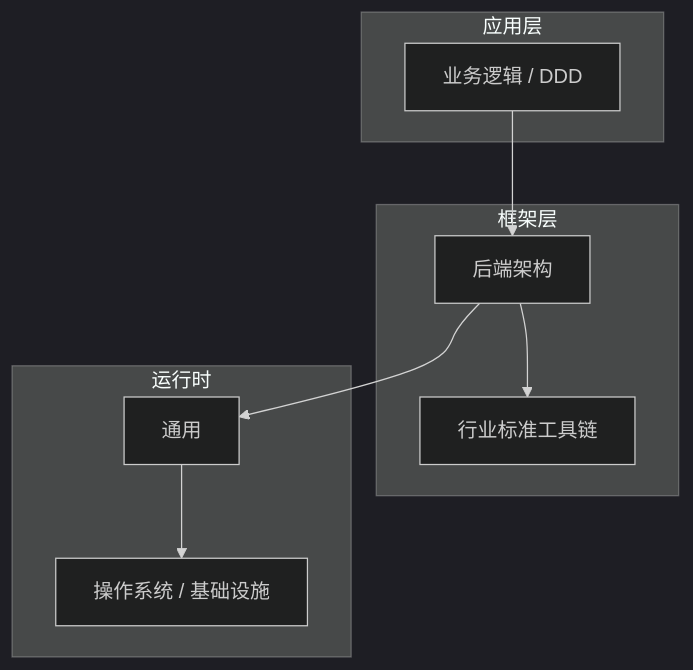
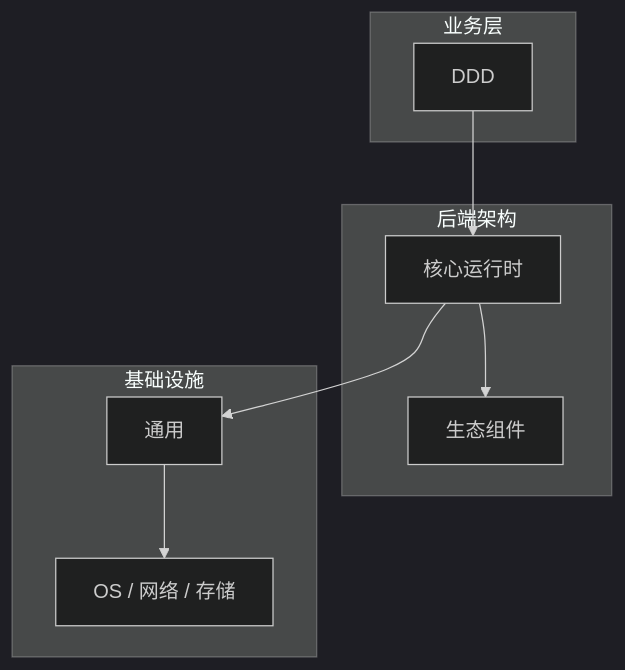
The diagram in articles/后端架构/chapters/051-DDD核心概念与原理.md (yanggan2015/knowledge-json-v2), drawn with Mermaid (dark theme) before and after one commit. The commit also changed other lines of this file and 10127 other files, not shown here.

````diff
--- a/articles/后端架构/chapters/051-DDD核心概念与原理.md
+++ b/articles/后端架构/chapters/051-DDD核心概念与原理.md
@@ -45,18 +34,18 @@
 ```mermaid
 graph TB
-    subgraph 应用层
-        A[业务逻辑 / DDD]
+    subgraph 业务层
+        A[DDD]
     end
-    subgraph 框架层
-        B[后端架构]
-        C[行业标准工具链]
+    subgraph 后端架构
+        B[核心运行时]
+        C[生态组件]
     end
-    subgraph 运行时
+    subgraph 基础设施
         D[通用]
-        E[操作系统 / 基础设施]
+        E[OS / 网络 / 存储]
     end
     A --> B
     B --> C
     B --> D
     D --> E
 ```
````
